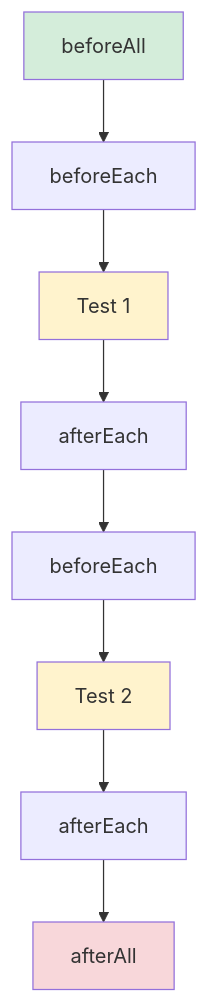
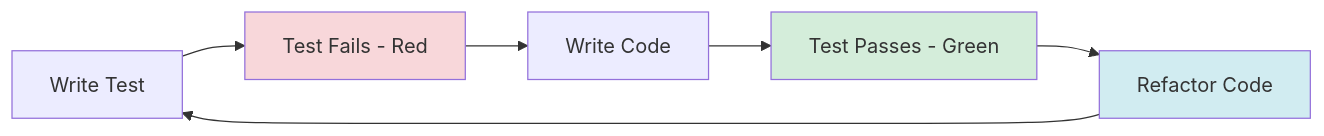
One commit to alkholigroup2020/stock-management-system changed the third of 3 diagrams in project-docs/dev-guide/phase4/phase-4.4-testing-implementation.md. Above: the diagram before and after it, drawn with Mermaid. The commit also changed other lines of this file, not shown here.

````diff
--- a/project-docs/dev-guide/phase4/phase-4.4-testing-implementation.md
+++ b/project-docs/dev-guide/phase4/phase-4.4-testing-implementation.md
@@ -1049,15 +1545,12 @@
 ```mermaid
-graph TD
-    A[beforeAll] --> B[beforeEach]
-    B --> C[Test 1]
-    C --> D[afterEach]
-    D --> E[beforeEach]
-    E --> F[Test 2]
-    F --> G[afterEach]
-    G --> H[afterAll]
+graph LR
+    A[Write Test] --> B[Test Fails - Red]
+    B --> C[Write Code]
+    C --> D[Test Passes - Green]
+    D --> E[Refactor Code]
+    E --> A
 
-    style A fill:#d4edda
-    style H fill:#f8d7da
-    style C fill:#fff3cd
-    style F fill:#fff3cd
+    style B fill:#f8d7da
+    style D fill:#d4edda
+    style E fill:#d1ecf1
 ```
````
